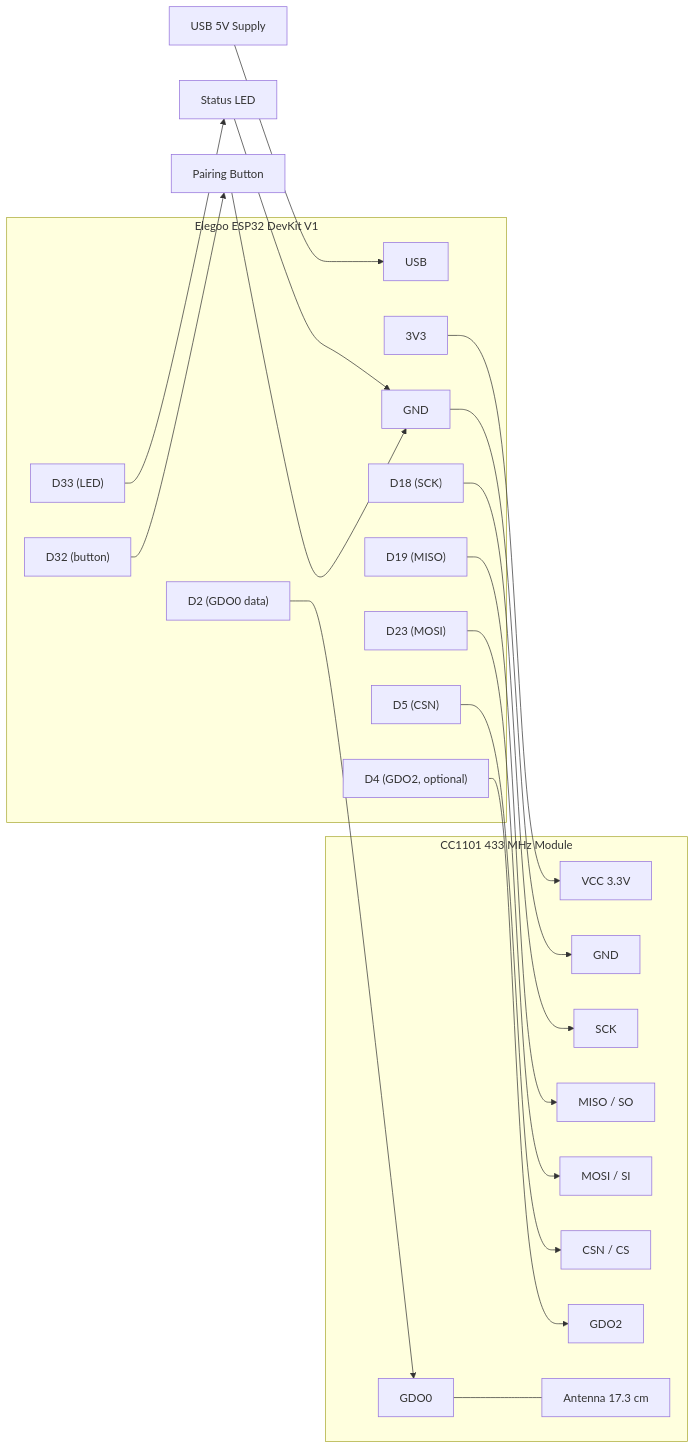
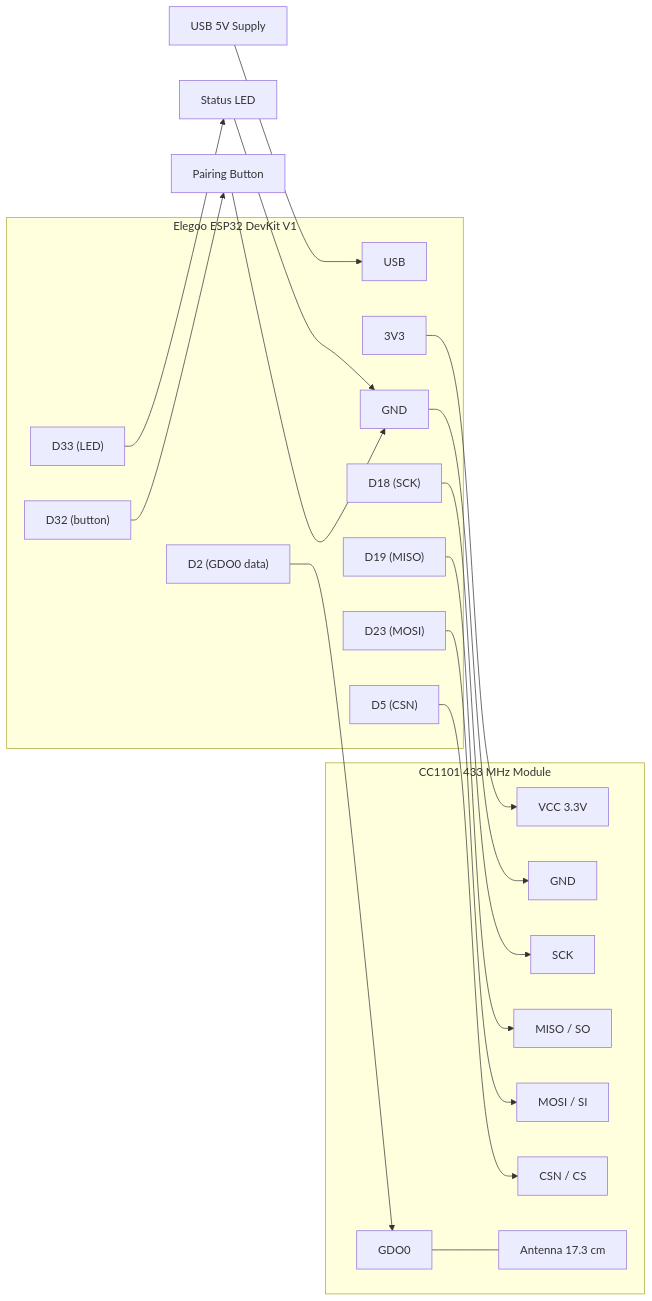
One commit to tillig/somfy-matter-remote changed the diagram in docs/hardware.md. Above: the diagram before and after it, drawn with Mermaid. The commit also changed other lines of this file, not shown here.

Commit message:
Remove the unused GDO2 wiring from the hardware docs
The wiring table and diagram listed an optional ESP32 GPIO4 to CC1101 GDO2
connection, but the firmware never touches GDO2: SomfyController::begin() calls
setGDO0() only, and there is no GDO2 reference anywhere in src/. Listing a wire
that should not be connected is confusing and reserved a GPIO for nothing.

Drop the table row and the diagram nodes, and replace them with a sentence
explaining that GDO2 is left unconnected because this is a transmit-only design,
noting it would only matter if receive support were added later. The seven-wire
CC1101 count in the bill of materials was already correct; GDO2 was the optional
eighth and was never included in it.

````diff
--- a/docs/hardware.md
+++ b/docs/hardware.md
@@ -95,45 +96,42 @@
 ```mermaid
 flowchart LR
     usb["USB 5V Supply"] --> esp32_usb
     subgraph esp32["Elegoo ESP32 DevKit V1"]
       esp32_usb["USB"]
       esp32_3v3["3V3"]
       esp32_gnd["GND"]
       esp32_d2["D2 (GDO0 data)"]
-      esp32_d4["D4 (GDO2, optional)"]
       esp32_d5["D5 (CSN)"]
       esp32_d18["D18 (SCK)"]
       esp32_d19["D19 (MISO)"]
       esp32_d23["D23 (MOSI)"]
       esp32_d32["D32 (button)"]
       esp32_d33["D33 (LED)"]
     end
     subgraph cc1101["CC1101 433 MHz Module"]
       cc_vcc["VCC 3.3V"]
       cc_gnd["GND"]
       cc_sck["SCK"]
       cc_miso["MISO / SO"]
       cc_mosi["MOSI / SI"]
       cc_csn["CSN / CS"]
       cc_gdo0["GDO0"]
-      cc_gdo2["GDO2"]
       cc_ant["Antenna 17.3 cm"]
     end
 
     esp32_3v3 --> cc_vcc
     esp32_gnd --> cc_gnd
     esp32_d18 --> cc_sck
     esp32_d19 --> cc_miso
     esp32_d23 --> cc_mosi
     esp32_d5 --> cc_csn
     esp32_d2 --> cc_gdo0
-    esp32_d4 --> cc_gdo2
     cc_gdo0 --- cc_ant
 
     button["Pairing Button"]
     led["Status LED"]
     esp32_d32 --> button
     button --> esp32_gnd
     esp32_d33 --> led
     led --> esp32_gnd
 ```
````
